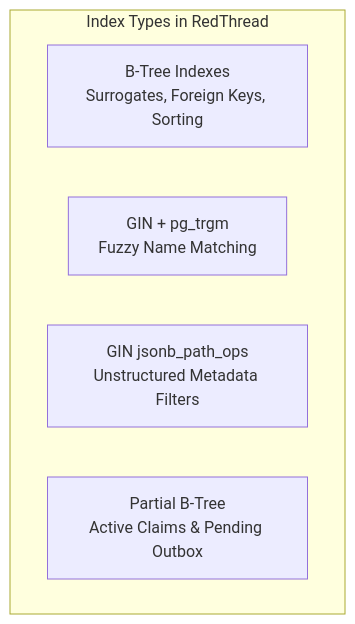
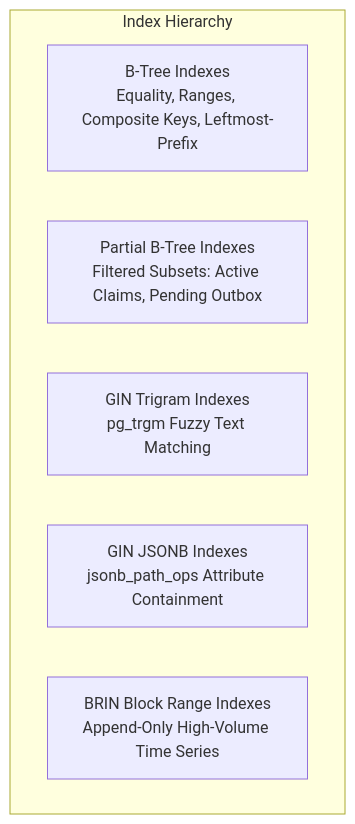
Before and after one commit to rushikeshbathe096/RedThread: the diagram in docs/database-performance.md, drawn with Mermaid. The commit also changed other lines of this file and 22 other files, not shown here.

Commit message:
db schema

````diff
--- a/docs/database-performance.md
+++ b/docs/database-performance.md
@@ -14,9 +14,10 @@
 ```mermaid
 flowchart TD
-    subgraph Index Types in RedThread
-        BTree[B-Tree Indexes<br/>Surrogates, Foreign Keys, Sorting]
-        GINTrgm[GIN + pg_trgm<br/>Fuzzy Name Matching]
-        GINJson[GIN jsonb_path_ops<br/>Unstructured Metadata Filters]
-        Partial[Partial B-Tree<br/>Active Claims & Pending Outbox]
+    subgraph Index Hierarchy
+        BT[B-Tree Indexes<br/>Equality, Ranges, Composite Keys, Leftmost-Prefix]
+        PBT[Partial B-Tree Indexes<br/>Filtered Subsets: Active Claims, Pending Outbox]
+        GINT[GIN Trigram Indexes<br/>pg_trgm Fuzzy Text Matching]
+        GINJ[GIN JSONB Indexes<br/>jsonb_path_ops Attribute Containment]
+        BRIN[BRIN Block Range Indexes<br/>Append-Only High-Volume Time Series]
     end
 ```
````
